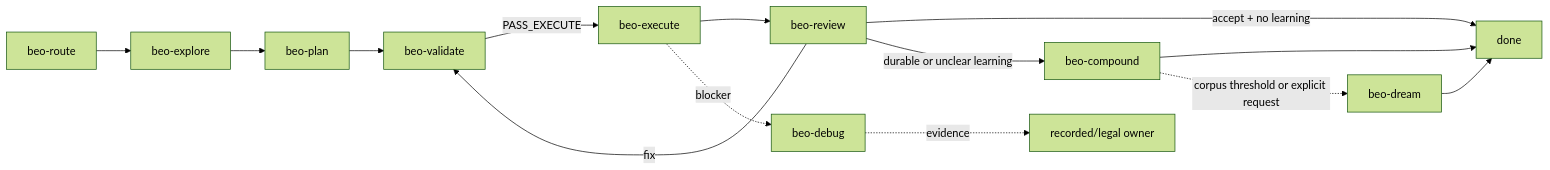
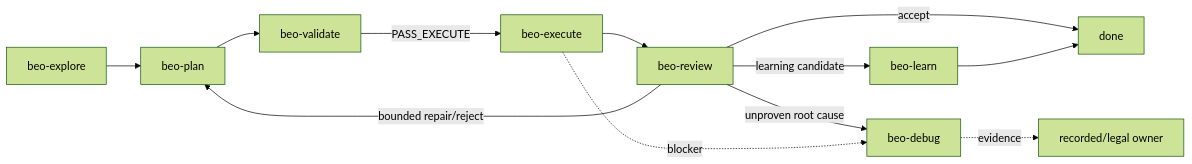
The diagram in README.md (minhtri2710/skills), drawn with Mermaid (forest theme) before and after one commit. The commit also changed other lines of this file and 62 other files, not shown here.

````diff
--- a/README.md
+++ b/README.md
@@ -7,17 +5,14 @@
 ```mermaid
 flowchart LR
-    route[beo-route]
-    route --> explore[beo-explore]
-    explore --> plan[beo-plan]
+    explore[beo-explore] --> plan[beo-plan]
     plan --> validate[beo-validate]
     validate -->|PASS_EXECUTE| execute[beo-execute]
     execute --> review[beo-review]
-    review -->|accept + no learning| done[done]
-    review -->|fix| validate
-    review -->|durable or unclear learning| compound[beo-compound]
-    compound --> done
-    compound -. corpus threshold or explicit request .-> dream[beo-dream]
-    dream --> done
-    execute -. blocker .-> debug[beo-debug]
+    review -->|accept| done[done]
+    review -->|learning candidate| learn[beo-learn]
+    review -->|unproven root cause| debug[beo-debug]
+    review -->|bounded repair/reject| plan
+    learn --> done
+    execute -. blocker .-> debug
     debug -. evidence .-> owner[recorded/legal owner]
 ```
````
